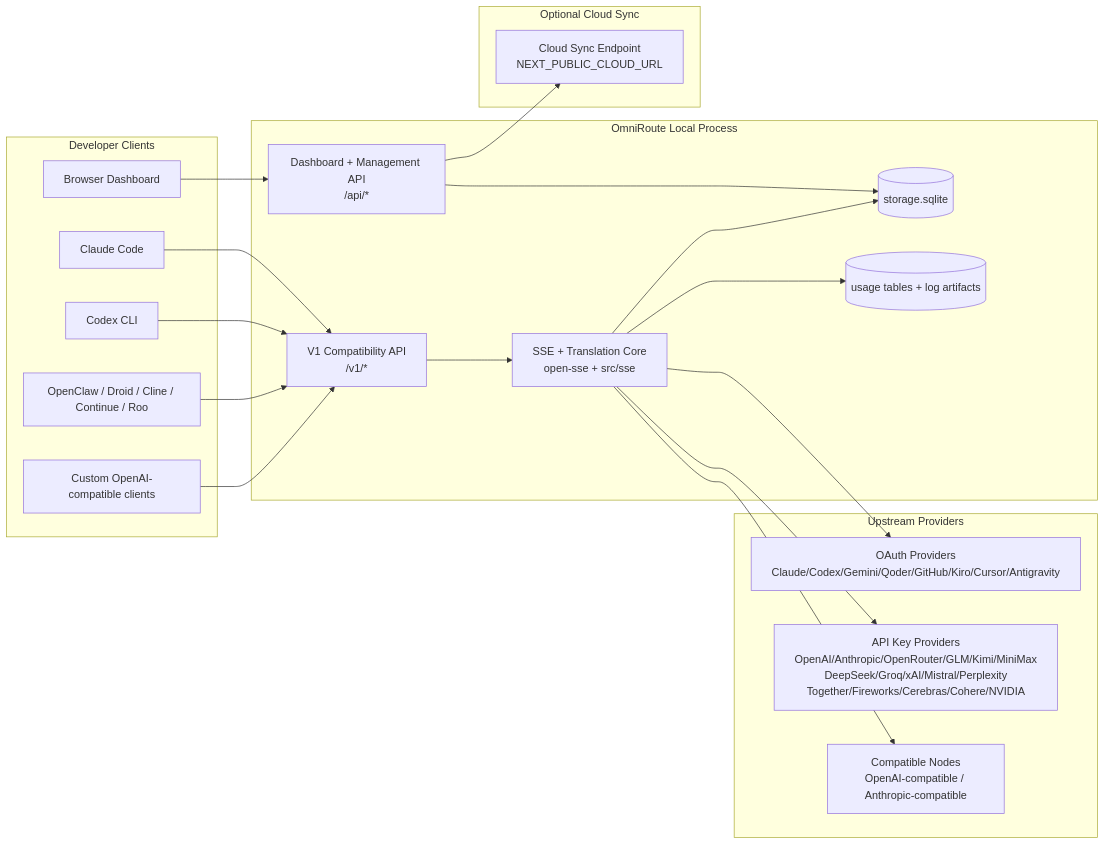
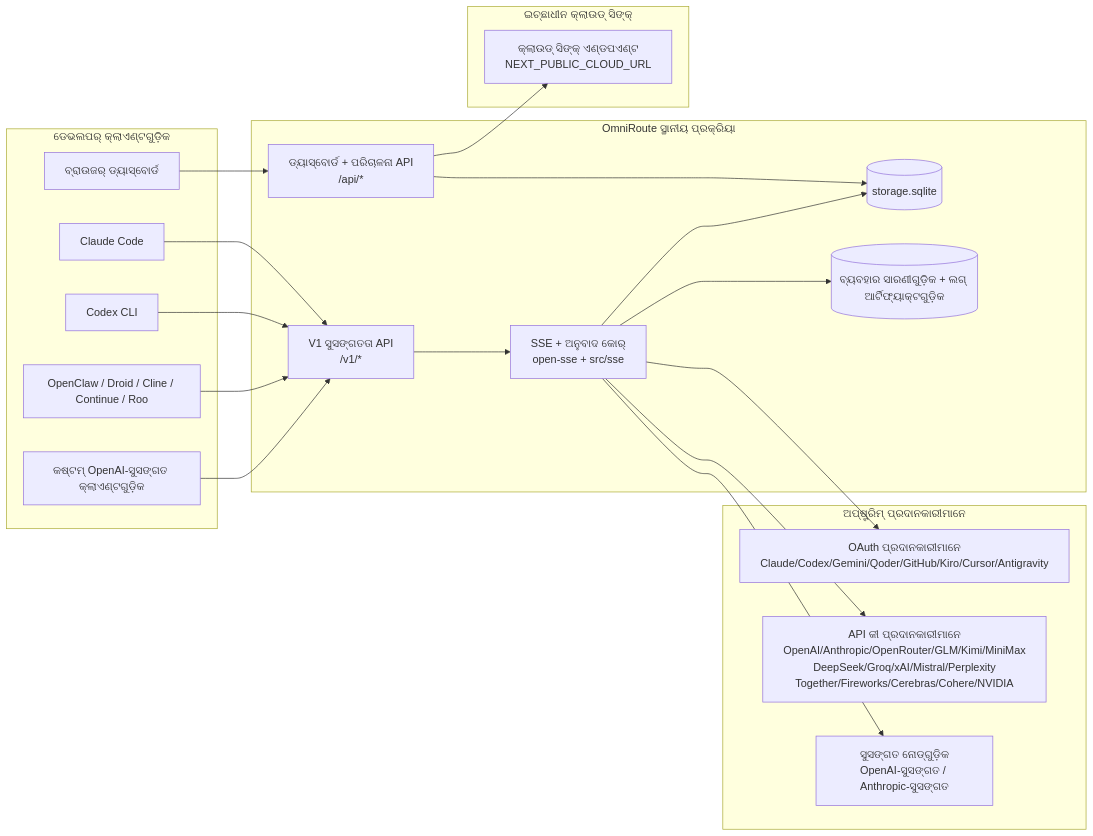
The first of 7 diagrams in docs/i18n/or/docs/architecture/ARCHITECTURE.md (NipunThakuria02/OmniRoute), drawn with Mermaid before and after one commit. The commit also changed other lines of this file and 66 other files, not shown here.

Commit message:
docs(i18n): sync docs/architecture/ARCHITECTURE.md mirrors with the base

````diff
--- a/docs/i18n/or/docs/architecture/ARCHITECTURE.md
+++ b/docs/i18n/or/docs/architecture/ARCHITECTURE.md
@@ -157,45 +157,45 @@
 ```mermaid
 flowchart LR
-    subgraph Clients[Developer Clients]
+    subgraph Clients[ଡେଭଲପର୍ କ୍ଲାଏଣ୍ଟଗୁଡ଼ିକ]
         C1[Claude Code]
         C2[Codex CLI]
         C3[OpenClaw / Droid / Cline / Continue / Roo]
-        C4[Custom OpenAI-compatible clients]
-        BROWSER[Browser Dashboard]
+        C4[କଷ୍ଟମ୍ OpenAI-ସୁସଙ୍ଗତ କ୍ଲାଏଣ୍ଟଗୁଡ଼ିକ]
+        BROWSER[ବ୍ରାଉଜର୍ ଡ୍ୟାସ୍ବୋର୍ଡ]
     end
 
-    subgraph Router[OmniRoute Local Process]
-        API[V1 Compatibility API\n/v1/*]
-        DASH[Dashboard + Management API\n/api/*]
-        CORE[SSE + Translation Core\nopen-sse + src/sse]
+    subgraph Router[OmniRoute ସ୍ଥାନୀୟ ପ୍ରକ୍ରିୟା]
+        API[V1 ସୁସଙ୍ଗତତା API\n/v1/*]
+        DASH[ଡ୍ୟାସ୍ବୋର୍ଡ + ପରିଚାଳନା API\n/api/*]
+        CORE[SSE + ଅନୁବାଦ କୋର୍\nopen-sse + src/sse]
         DB[(storage.sqlite)]
-        UDB[(usage tables + log artifacts)]
+        UDB[(ବ୍ୟବହାର ସାରଣୀଗୁଡ଼ିକ + ଲଗ୍ ଆର୍ଟିଫ୍ୟାକ୍ଟଗୁଡ଼ିକ)]
     end
 
-    subgraph Upstreams[Upstream Providers]
-        P1[OAuth Providers\nClaude/Codex/Gemini/Qoder/GitHub/Kiro/Cursor/Antigravity]
-        P2[API Key Providers\nOpenAI/Anthropic/OpenRouter/GLM/Kimi/MiniMax\nDeepSeek/Groq/xAI/Mistral/Perplexity\nTogether/Fireworks/Cerebras/Cohere/NVIDIA]
-        P3[Compatible Nodes\nOpenAI-compatible / Anthropic-compatible]
+    subgraph Upstreams[ଅପ୍ଷ୍ଟ୍ରିମ୍ ପ୍ରଦାନକାରୀମାନେ]
+        P1[OAuth ପ୍ରଦାନକାରୀମାନେ\nClaude/Codex/Gemini/Qoder/GitHub/Kiro/Cursor/Antigravity]
+        P2[API କୀ ପ୍ରଦାନକାରୀମାନେ\nOpenAI/Anthropic/OpenRouter/GLM/Kimi/MiniMax\nDeepSeek/Groq/xAI/Mistral/Perplexity\nTogether/Fireworks/Cerebras/Cohere/NVIDIA]
+        P3[ସୁସଙ୍ଗତ ନୋଡ୍ଗୁଡ଼ିକ\nOpenAI-ସୁସଙ୍ଗତ / Anthropic-ସୁସଙ୍ଗତ]
     end
 
-    subgraph Cloud[Optional Cloud Sync]
-        CLOUD[Cloud Sync Endpoint\nNEXT_PUBLIC_CLOUD_URL]
+    subgraph Cloud[ଇଚ୍ଛାଧୀନ କ୍ଲାଉଡ୍ ସିଙ୍କ୍]
+        CLOUD[କ୍ଲାଉଡ୍ ସିଙ୍କ୍ ଏଣ୍ଡପଏଣ୍ଟ\nNEXT_PUBLIC_CLOUD_URL]
     end
 
     C1 --> API
     C2 --> API
     C3 --> API
     C4 --> API
     BROWSER --> DASH
 
     API --> CORE
     DASH --> DB
     CORE --> DB
     CORE --> UDB
 
     CORE --> P1
     CORE --> P2
     CORE --> P3
 
     DASH --> CLOUD
 ```
````
